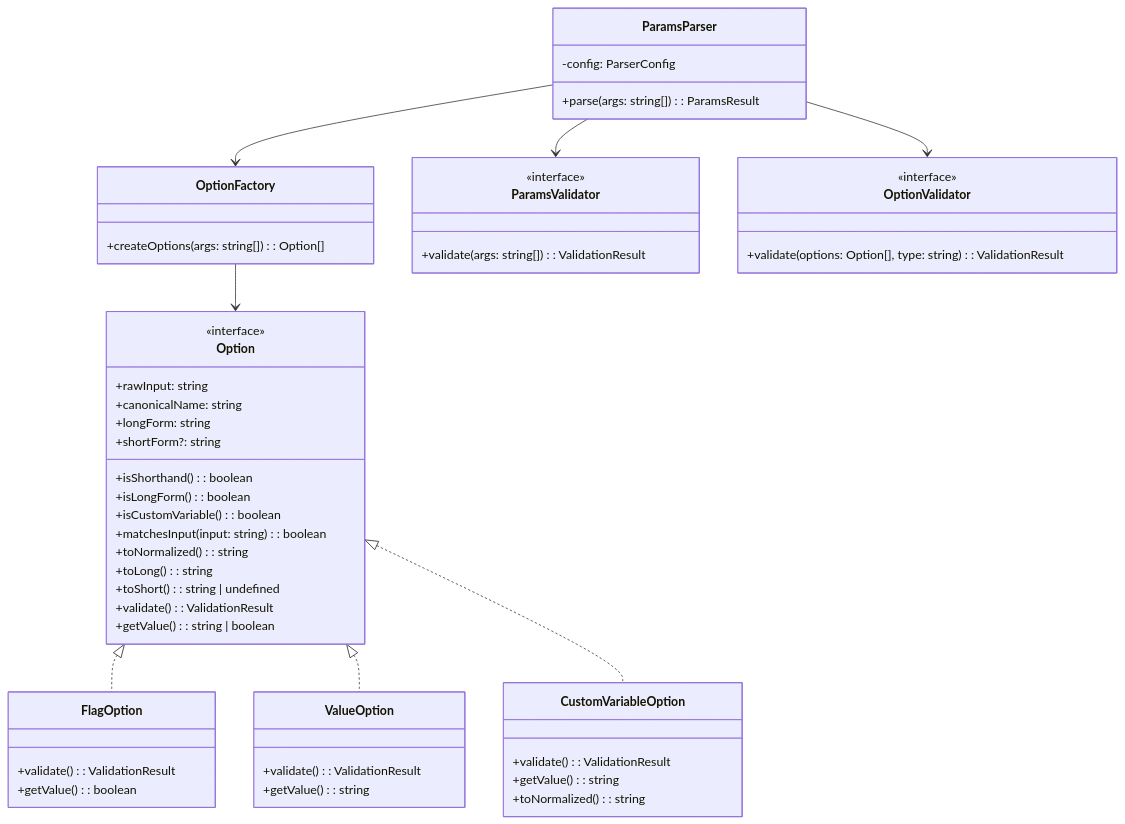
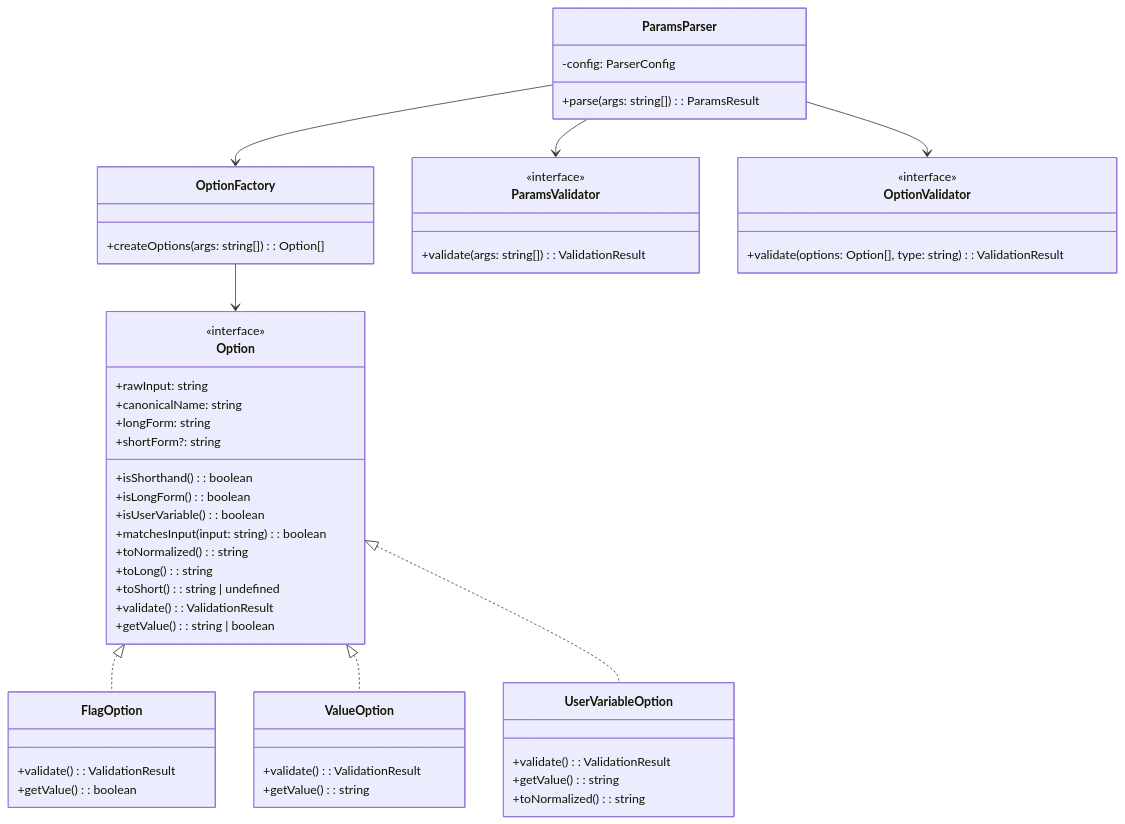
Before and after one commit to tettuan/breakdownparams: the sixth of 7 diagrams in docs/architecture/layer2_diagrams.ja.md, drawn with Mermaid. The commit also changed other lines of this file and 75 other files, not shown here.

First line of the commit message:
refactor: Rename 'customVariables' to 'userVariables' throughout codebase

````diff
--- a/docs/architecture/layer2_diagrams.ja.md
+++ b/docs/architecture/layer2_diagrams.ja.md
@@ -170,62 +170,62 @@
 ```mermaid
 classDiagram
     class Option {
         <<interface>>
         +rawInput: string
         +canonicalName: string
         +longForm: string
         +shortForm?: string
         +isShorthand(): boolean
         +isLongForm(): boolean
-        +isCustomVariable(): boolean
+        +isUserVariable(): boolean
         +matchesInput(input: string): boolean
         +toNormalized(): string
         +toLong(): string
         +toShort(): string | undefined
         +validate(): ValidationResult
         +getValue(): string | boolean
     }
     
     class FlagOption {
         +validate(): ValidationResult
         +getValue(): boolean
     }
     
     class ValueOption {
         +validate(): ValidationResult
         +getValue(): string
     }
     
-    class CustomVariableOption {
+    class UserVariableOption {
         +validate(): ValidationResult
         +getValue(): string
         +toNormalized(): string
     }
     
     class OptionFactory {
         +createOptions(args: string[]): Option[]
     }
     
     class ParamsParser {
         +parse(args: string[]): ParamsResult
         -config: ParserConfig
     }
     
     class ParamsValidator {
         <<interface>>
         +validate(args: string[]): ValidationResult
     }
     
     class OptionValidator {
         <<interface>>
         +validate(options: Option[], type: string): ValidationResult
     }
     
     Option <|.. FlagOption
     Option <|.. ValueOption
-    Option <|.. CustomVariableOption
+    Option <|.. UserVariableOption
     OptionFactory --> Option
     ParamsParser --> OptionFactory
     ParamsParser --> ParamsValidator
     ParamsParser --> OptionValidator
 ```
````
